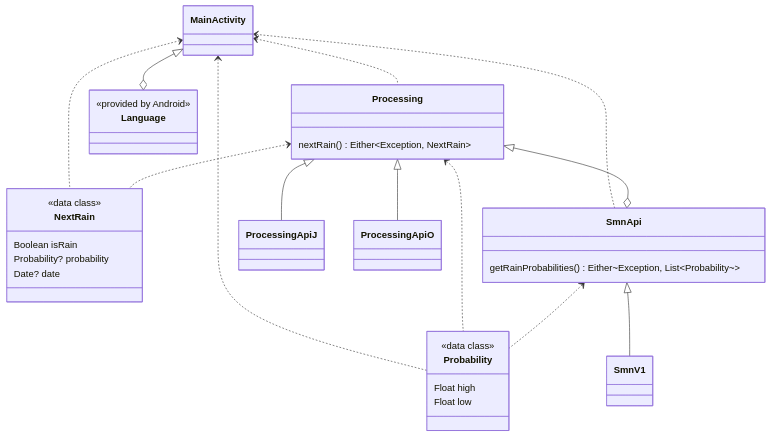
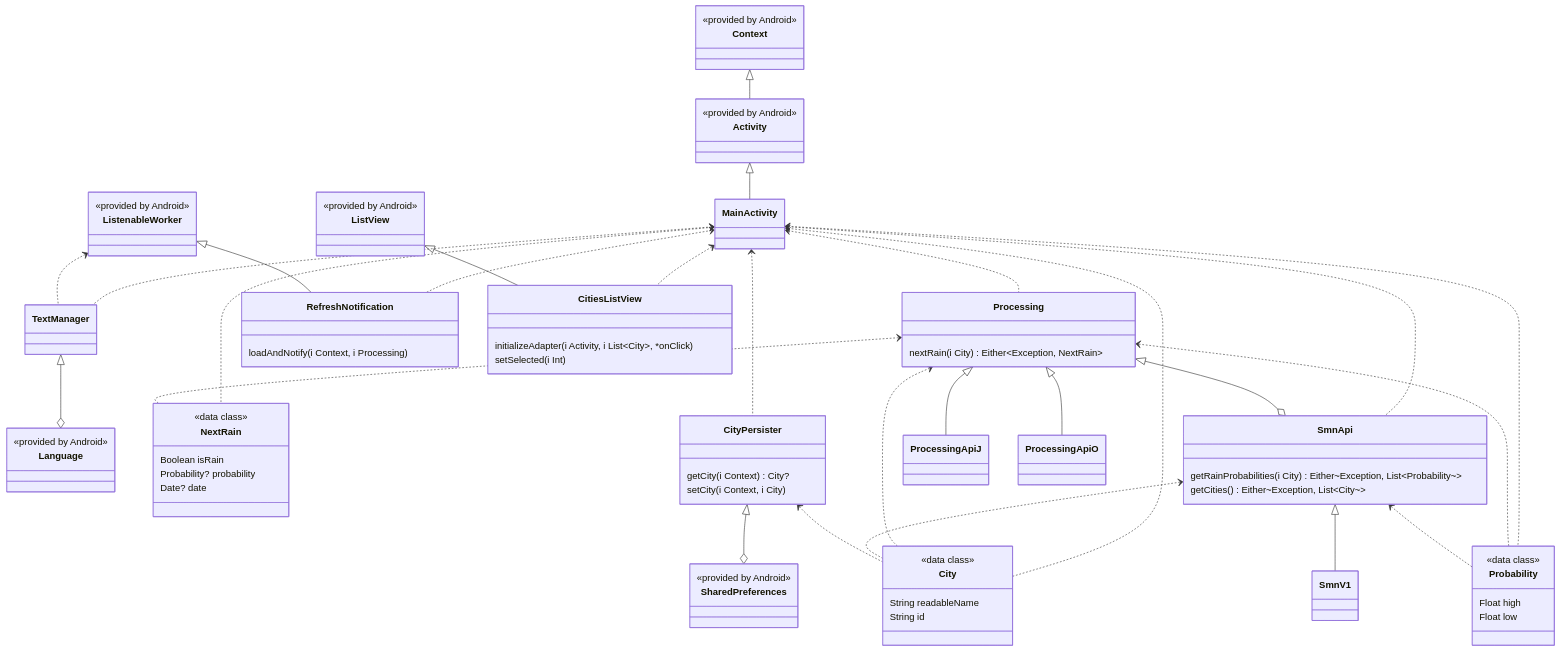
Before and after one commit to EmmanuelMess/Rain-Detector: the diagram in architecture/modules.md, drawn with Mermaid. The commit also changed 10 other files, not shown here.

````diff
--- a/architecture/modules.md
+++ b/architecture/modules.md
@@ -5,5 +5,29 @@
 ```mermaid
 classDiagram
+
+class SharedPreferences {
+    <<provided by Android>>
+}
+
+class Language {
+    <<provided by Android>>
+}
+
+class Context {
+    <<provided by Android>>
+}
+
+class Activity {
+    <<provided by Android>>
+}
+
+class ListView {
+    <<provided by Android>>
+}
+
+class ListenableWorker {
+    <<provided by Android>>
+}
 
 class NextRain {
     <<data class>>
@@ -17,15 +41,32 @@
     Float low
 }
 
+class City {
+    <<data class>>
+    String readableName
+    String id
+}
+
+class CityPersister {
+    getCity(i Context) City?
+    setCity(i Context, i City)
+}
+
+CityPersister <|--o SharedPreferences
+
+CityPersister <.. City
+
 class SmnApi {
-    getRainProbabilities() Either~Exception, List~Probability~~
+    getRainProbabilities(i City) Either~Exception, List~Probability~~
+    getCities() Either~Exception, List~City~~
 }
 
 SmnApi <|-- SmnV1
 SmnApi <.. Probability
+SmnApi <.. City
 
 class Processing {
-    nextRain() Either~Exception, NextRain~
+    nextRain(i City) Either~Exception, NextRain~
 }
 
 Processing <|-- ProcessingApiJ
@@ -34,15 +75,36 @@
 Processing <|--o SmnApi
 Processing <.. Probability
 Processing <.. NextRain
+Processing <.. City
 
-class Language {
-    <<provided by Android>>
+TextManager <|--o Language
+
+class RefreshNotification {
+    loadAndNotify(i Context, i Processing)
 }
 
-MainActivity <|--o Language
+ListenableWorker <|-- RefreshNotification 
 
+ListenableWorker <.. TextManager
+
+class CitiesListView {
+    initializeAdapter(i Activity, i List~City~, *onClick)
+    setSelected(i Int)
+}
+
+ListView <|-- CitiesListView
+
+
+Context <|-- Activity 
+Activity <|-- MainActivity 
+
+MainActivity <.. TextManager
 MainActivity <.. NextRain
 MainActivity <.. Probability
 MainActivity <.. Processing
 MainActivity <.. SmnApi
+MainActivity <.. City
+MainActivity <.. RefreshNotification
+MainActivity <.. CityPersister
+MainActivity <.. CitiesListView
 ```
````
